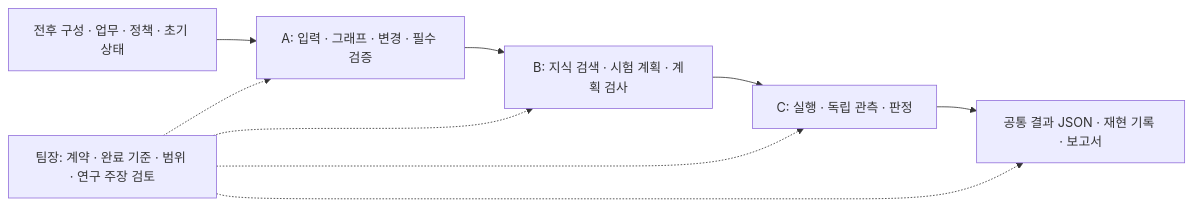
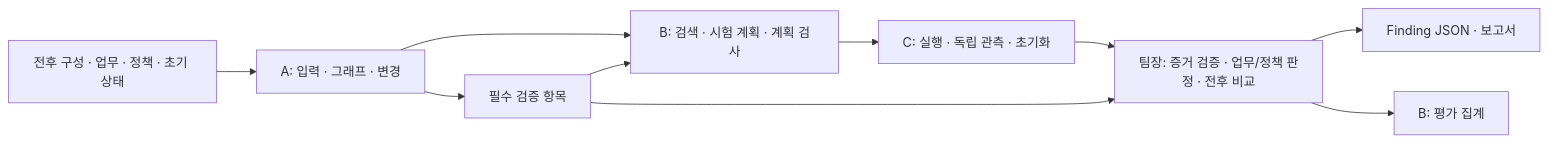
One commit to serendipity-sec/docs changed the diagram in final/team-roles.md. Above: the diagram before and after it, drawn with Mermaid. The commit also changed other lines of this file and 3 other files, not shown here.

````diff
--- a/final/team-roles.md
+++ b/final/team-roles.md
@@ -28,11 +27,12 @@
 ```mermaid
 flowchart LR
-  I["전후 구성 · 업무 · 정책 · 초기 상태"] --> A["A: 입력 · 그래프 · 변경 · 필수 검증"]
-  A --> B["B: 지식 검색 · 시험 계획 · 계획 검사"]
-  B --> C["C: 실행 · 독립 관측 · 판정"]
-  C --> R["공통 결과 JSON · 재현 기록 · 보고서"]
-  L["팀장: 계약 · 완료 기준 · 범위 · 연구 주장 검토"] -.-> A
-  L -.-> B
-  L -.-> C
-  L -.-> R
+  I["전후 구성 · 업무 · 정책 · 초기 상태"] --> A["A: 입력 · 그래프 · 변경"]
+  A --> O["필수 검증 항목"]
+  A --> B["B: 검색 · 시험 계획 · 계획 검사"]
+  O --> B
+  B --> C["C: 실행 · 독립 관측 · 초기화"]
+  C --> L["팀장: 증거 검증 · 업무/정책 판정 · 전후 비교"]
+  O --> L
+  L --> R["Finding JSON · 보고서"]
+  L --> M["B: 평가 집계"]
 ```
````
